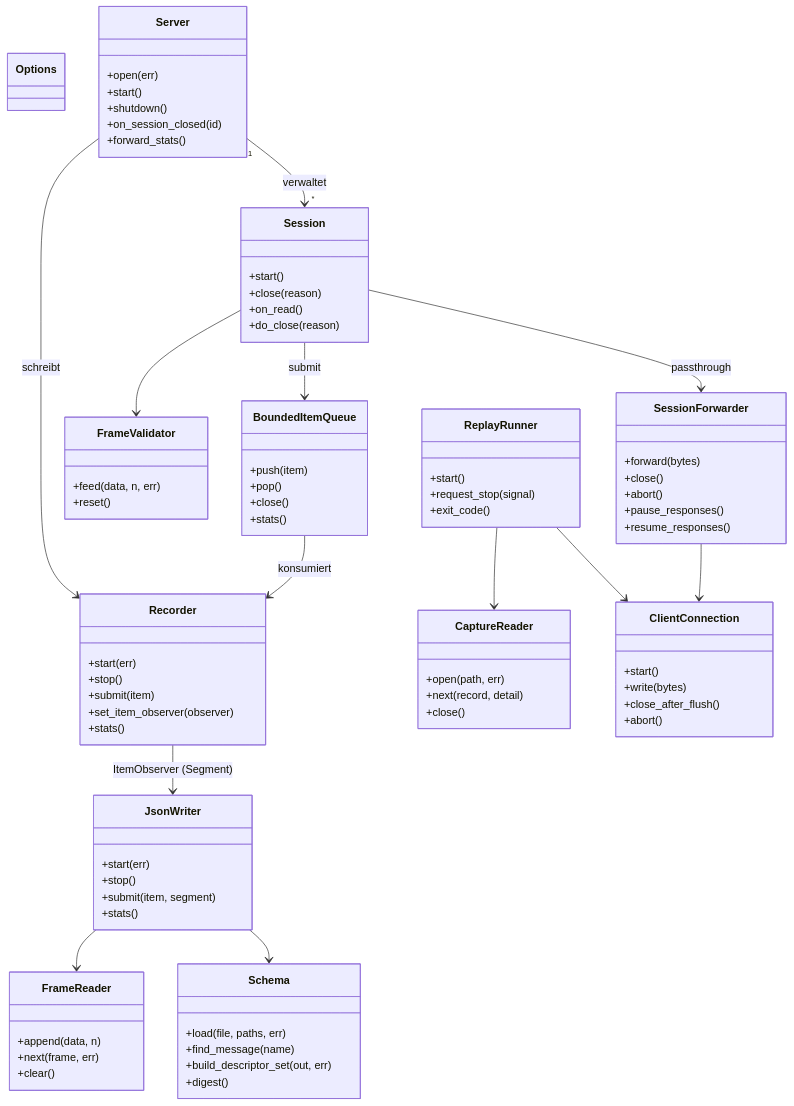
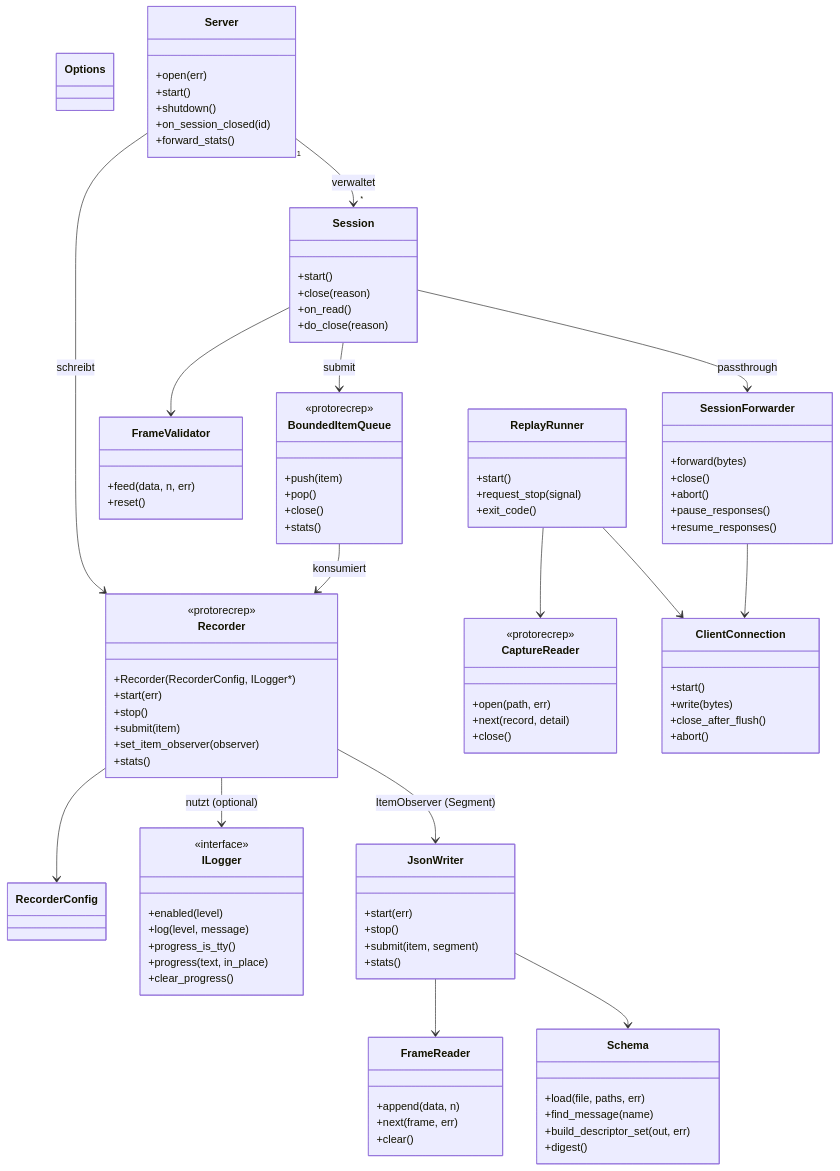
Before and after one commit to chriswit68/protorecprep: the third of 17 diagrams in doc/software-design.md, drawn with Mermaid. The commit also changed other lines of this file and 42 other files, not shown here.

````diff
--- a/doc/software-design.md
+++ b/doc/software-design.md
@@ -640,6 +718,15 @@
 ```mermaid
 classDiagram
   class Options
+  class RecorderConfig
+  class ILogger {
+    <<interface>>
+    +enabled(level)
+    +log(level, message)
+    +progress_is_tty()
+    +progress(text, in_place)
+    +clear_progress()
+  }
   class Server {
     +open(err)
     +start()
@@ -654,6 +741,8 @@
     +do_close(reason)
   }
   class Recorder {
+    <<protorecrep>>
+    +Recorder(RecorderConfig, ILogger*)
     +start(err)
     +stop()
     +submit(item)
@@ -661,6 +750,7 @@
     +stats()
   }
   class BoundedItemQueue {
+    <<protorecrep>>
     +push(item)
     +pop()
     +close()
@@ -693,6 +783,7 @@
     +exit_code()
   }
   class CaptureReader {
+    <<protorecrep>>
     +open(path, err)
     +next(record, detail)
     +close()
@@ -713,6 +804,8 @@
 
   Server "1" --> "*" Session : verwaltet
   Server --> Recorder : schreibt
+  Recorder --> RecorderConfig
+  Recorder --> ILogger : nutzt (optional)
   Session --> FrameValidator
   Session --> SessionForwarder : passthrough
   Session --> BoundedItemQueue : submit
````
